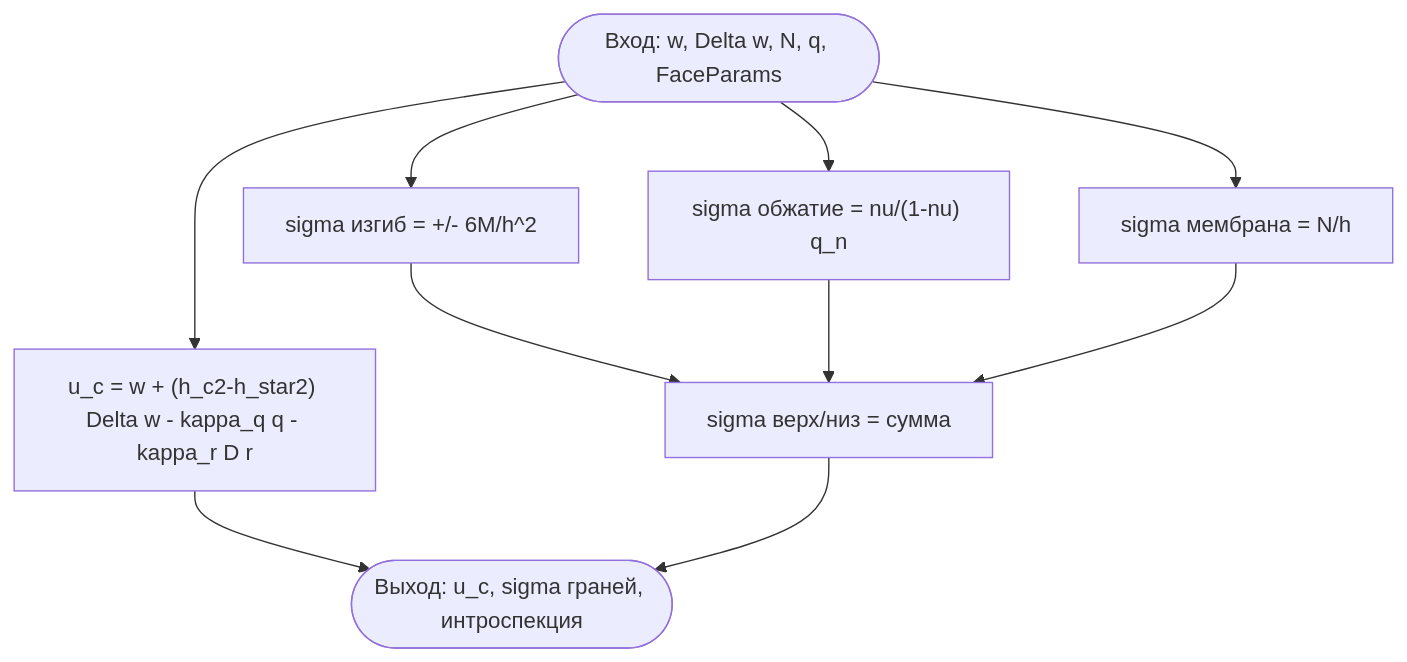
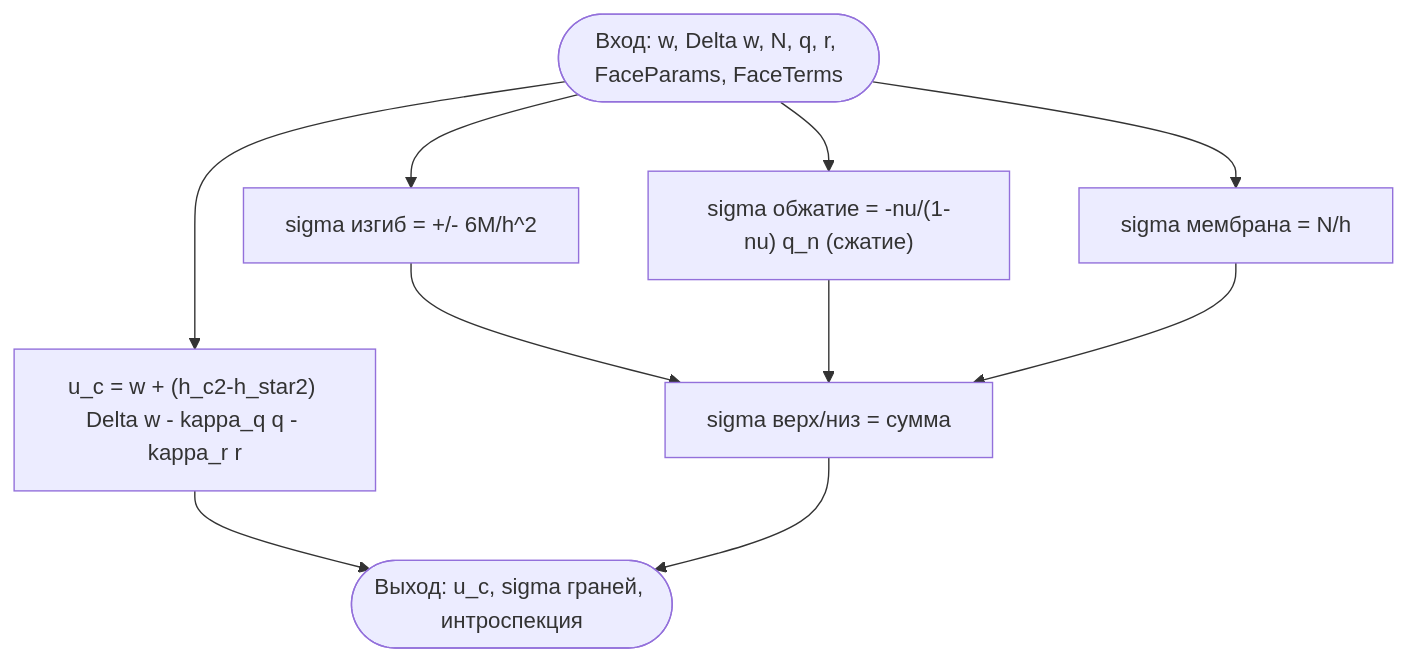
The fourth of 5 diagrams in docs/ALGORITHMS.md (AnatoDu/plate-solver), drawn with Mermaid before and after one commit. The commit also changed other lines of this file and 49 other files, not shown here.

````diff
--- a/docs/ALGORITHMS.md
+++ b/docs/ALGORITHMS.md
@@ -171,12 +208,12 @@
 ```mermaid
 flowchart TD
-    A([Вход: w, Delta w, N, q, FaceParams]) --> B["u_c = w + (h_c2-h_star2) Delta w - kappa_q q - kappa_r D r"]
+    A([Вход: w, Delta w, N, q, r, FaceParams, FaceTerms]) --> B["u_c = w + (h_c2-h_star2) Delta w - kappa_q q - kappa_r r"]
     A --> C["sigma изгиб = +/- 6M/h^2"]
-    A --> D["sigma обжатие = nu/(1-nu) q_n"]
+    A --> D["sigma обжатие = -nu/(1-nu) q_n (сжатие)"]
     A --> E["sigma мембрана = N/h"]
     C --> F[sigma верх/низ = сумма]
     D --> F
     E --> F
     B --> G([Выход: u_c, sigma граней, интроспекция])
     F --> G
 ```
````
